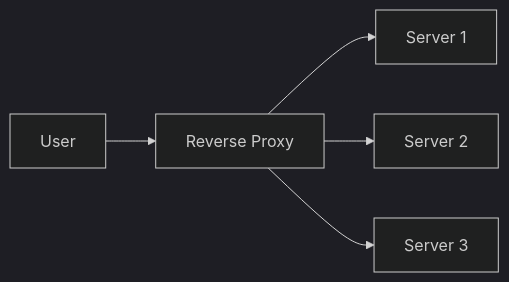
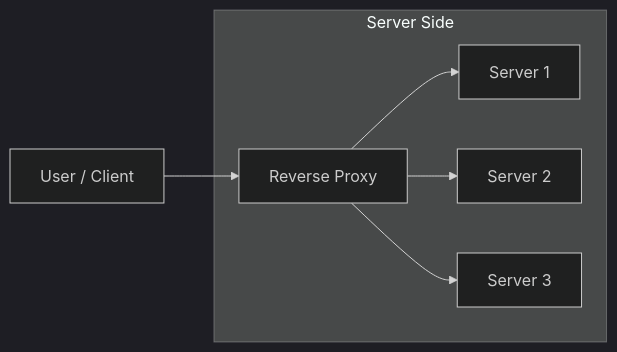
Before and after one commit to lekhrajdinkar/solution-engineer: the third of 3 diagrams in docs/2022-2025/SE_02_system-design/SD_03_Core-building-blocks/SD_03_53_network/02_core_04_proxies.md, drawn with Mermaid (dark theme). The commit also changed other lines of this file and 8 other files, not shown here.

````diff
--- a/docs/2022-2025/SE_02_system-design/SD_03_Core-building-blocks/SD_03_53_network/02_core_04_proxies.md
+++ b/docs/2022-2025/SE_02_system-design/SD_03_Core-building-blocks/SD_03_53_network/02_core_04_proxies.md
@@ -25,7 +38,10 @@
 ```mermaid
 flowchart LR
-    U[User] --> RP[Reverse Proxy]
-    RP --> S1[Server 1]
-    RP --> S2[Server 2]
-    RP --> S3[Server 3]
+    U[User / Client] --> RP
+    subgraph ServerSide["Server Side"]
+        RP[Reverse Proxy]
+        RP --> S1[Server 1]
+        RP --> S2[Server 2]
+        RP --> S3[Server 3]
+    end
 ```
````
